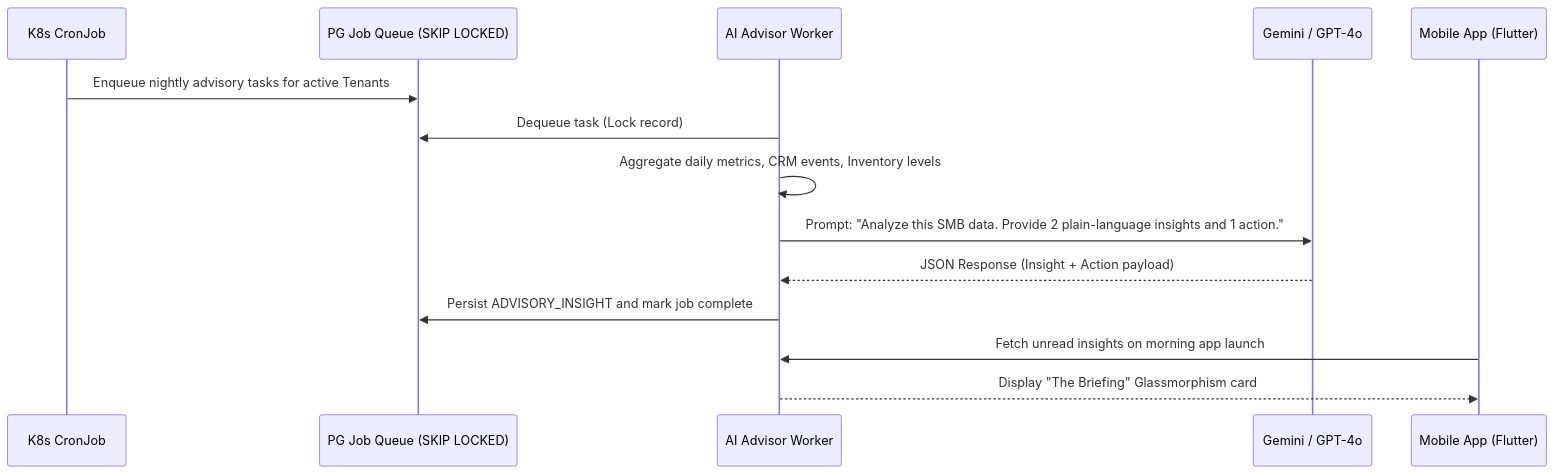
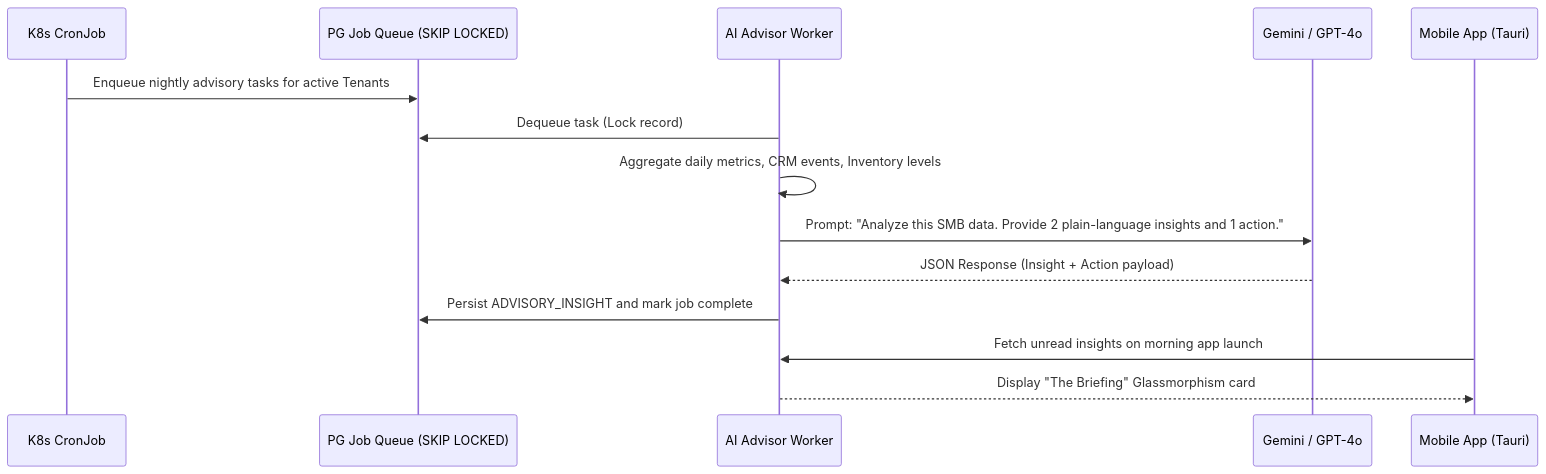
The second of 2 diagrams in docs/research/[architecture]_universal_autonomous_ai_business_advisory_engine.md (omnisolo-llc/onehumancorp), drawn with Mermaid before and after one commit. The commit also changed 10 other files, not shown here.

````diff
--- a/docs/research/[architecture]_universal_autonomous_ai_business_advisory_engine.md
+++ b/docs/research/[architecture]_universal_autonomous_ai_business_advisory_engine.md
@@ -44,17 +44,17 @@
 ```mermaid
 sequenceDiagram
     participant Cron as K8s CronJob
     participant Queue as PG Job Queue (SKIP LOCKED)
     participant Worker as AI Advisor Worker
     participant LLM as Gemini / GPT-4o
-    participant App as Mobile App (Flutter)
+    participant App as Mobile App (Tauri)
 
     Cron->>Queue: Enqueue nightly advisory tasks for active Tenants
     Worker->>Queue: Dequeue task (Lock record)
     Worker->>Worker: Aggregate daily metrics, CRM events, Inventory levels
     Worker->>LLM: Prompt: "Analyze this SMB data. Provide 2 plain-language insights and 1 action."
     LLM-->>Worker: JSON Response (Insight + Action payload)
     Worker->>Queue: Persist ADVISORY_INSIGHT and mark job complete
     App->>Worker: Fetch unread insights on morning app launch
     Worker-->>App: Display "The Briefing" Glassmorphism card
 ```
````
